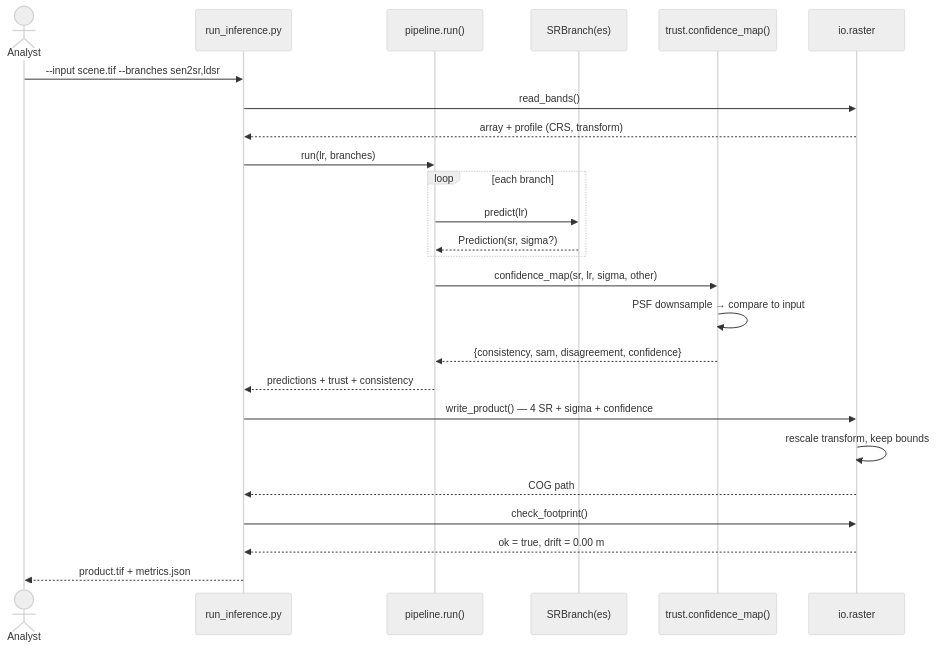
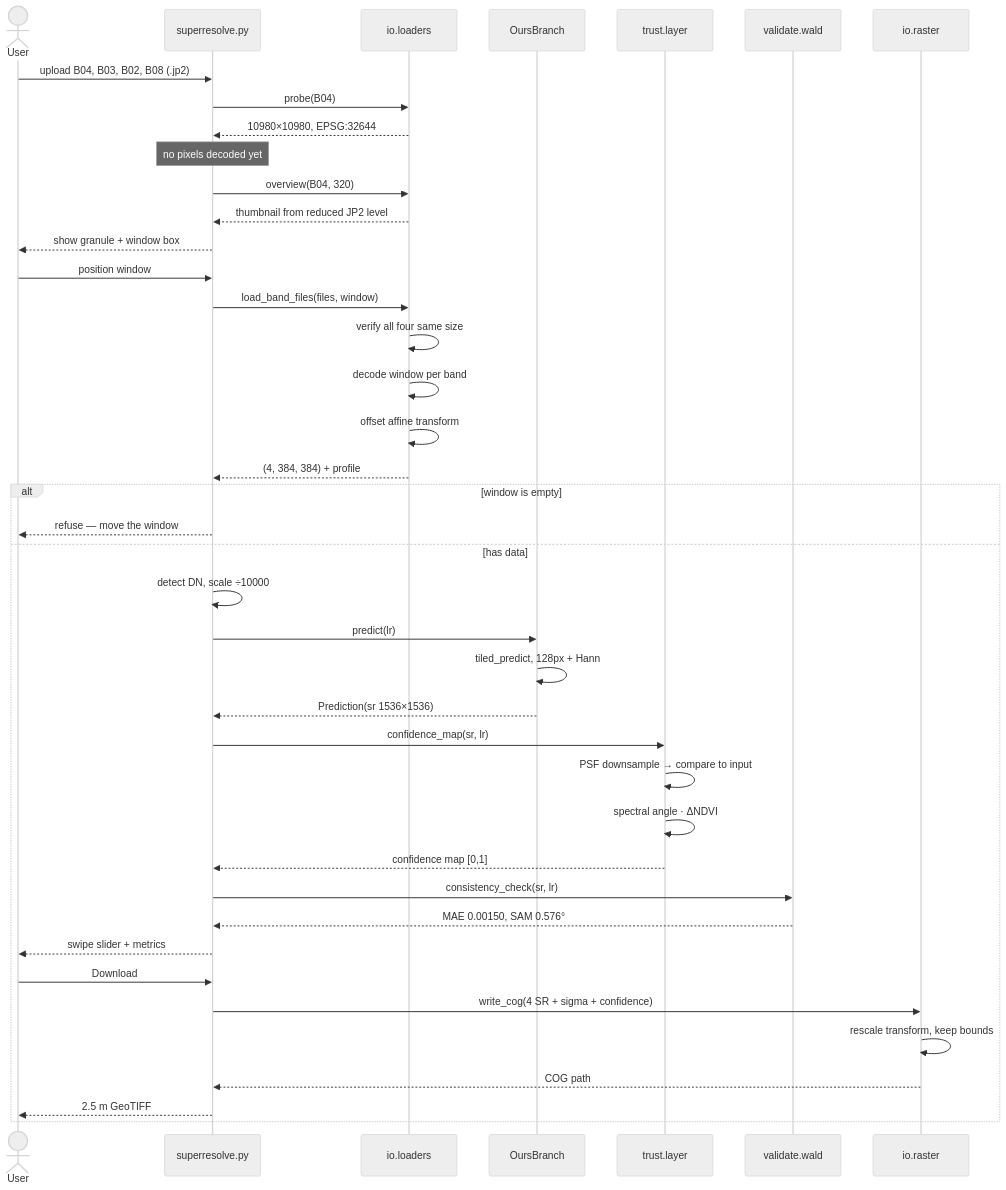
The seventh of 8 diagrams in docs/diagrams.md (Vaibhav-Verma2115/sutram-srm), drawn with Mermaid (neutral theme) before and after one commit. The commit also changed other lines of this file, not shown here.

First line of the commit message:
Add activity diagram; update UML and sequence to current code

````diff
--- a/docs/diagrams.md
+++ b/docs/diagrams.md
@@ -287,31 +382,51 @@
 ```mermaid
 sequenceDiagram
-    actor U as Analyst
-    participant CLI as run_inference.py
-    participant P as pipeline.run()
-    participant B as SRBranch(es)
-    participant T as trust.confidence_map()
+    actor U as User
+    participant App as superresolve.py
+    participant L as io.loaders
+    participant M as OursBranch
+    participant T as trust.layer
+    participant V as validate.wald
     participant IO as io.raster
 
-    U->>CLI: --input scene.tif --branches sen2sr,ldsr
-    CLI->>IO: read_bands()
-    IO-->>CLI: array + profile (CRS, transform)
-    CLI->>P: run(lr, branches)
+    U->>App: upload B04, B03, B02, B08 (.jp2)
+    App->>L: probe(B04)
+    L-->>App: 10980×10980, EPSG:32644
+    Note over App: no pixels decoded yet
 
-    loop each branch
-        P->>B: predict(lr)
-        B-->>P: Prediction(sr, sigma?)
+    App->>L: overview(B04, 320)
+    L-->>App: thumbnail from reduced JP2 level
+    App-->>U: show granule + window box
+    U->>App: position window
+
+    App->>L: load_band_files(files, window)
+    L->>L: verify all four same size
+    L->>L: decode window per band
+    L->>L: offset affine transform
+    L-->>App: (4, 384, 384) + profile
+
+    alt window is empty
+        App-->>U: refuse — move the window
+    else has data
+        App->>App: detect DN, scale ÷10000
+        App->>M: predict(lr)
+        M->>M: tiled_predict, 128px + Hann
+        M-->>App: Prediction(sr 1536×1536)
+
+        App->>T: confidence_map(sr, lr)
+        T->>T: PSF downsample → compare to input
+        T->>T: spectral angle · ΔNDVI
+        T-->>App: confidence map [0,1]
+
+        App->>V: consistency_check(sr, lr)
+        V-->>App: MAE 0.00150, SAM 0.576°
+
+        App-->>U: swipe slider + metrics
+
+        U->>App: Download
+        App->>IO: write_cog(4 SR + sigma + confidence)
+        IO->>IO: rescale transform, keep bounds
+        IO-->>App: COG path
+        App-->>U: 2.5 m GeoTIFF
     end
-
-    P->>T: confidence_map(sr, lr, sigma, other)
-    T->>T: PSF downsample → compare to input
-    T-->>P: {consistency, sam, disagreement, confidence}
-    P-->>CLI: predictions + trust + consistency
-
-    CLI->>IO: write_product() — 4 SR + sigma + confidence
-    IO->>IO: rescale transform, keep bounds
-    IO-->>CLI: COG path
-    CLI->>IO: check_footprint()
-    IO-->>CLI: ok = true, drift = 0.00 m
-    CLI-->>U: product.tif + metrics.json
 ```
````
